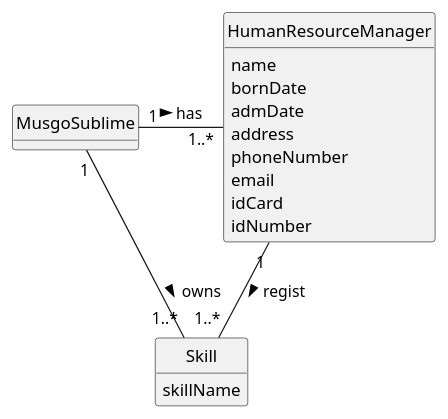
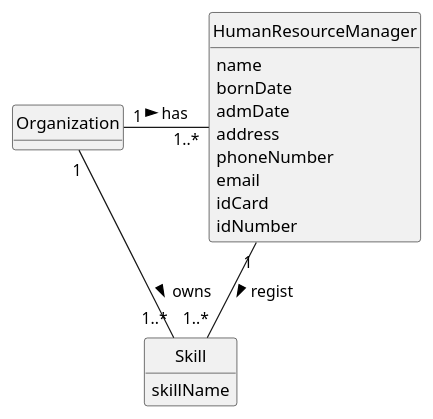
The diagram in docs/sprintA/us001/02.analysis/puml/us001-domain-model.puml (1231360-ISEP/lei-24-s2-1db-g021), drawn with PlantUML before and after one commit. The commit also changed 7 other files, not shown here.

```diff
--- a/docs/sprintA/us001/02.analysis/puml/us001-domain-model.puml
+++ b/docs/sprintA/us001/02.analysis/puml/us001-domain-model.puml
@@ -1,34 +1,34 @@
 @startuml
 skinparam monochrome true
 skinparam packageStyle rectangle
 skinparam shadowing false
 
 skinparam classAttributeIconSize 0
 
 hide circle
 hide methods
 
-class MusgoSublime {
+class Organization {
 }
 
 class HumanResourceManager {
     name
     bornDate
     admDate
     address
     phoneNumber
     email
     idCard
     idNumber
 }
 
 class Skill {
     skillName
 }
 
 
-MusgoSublime "1" - "1..*" HumanResourceManager: has >
-MusgoSublime "1" - "1..*" Skill: owns >
+Organization "1" - "1..*" HumanResourceManager: has >
+Organization "1" - "1..*" Skill: owns >
 HumanResourceManager "1" -- "1..*" Skill : regist >
 
 @enduml
```
